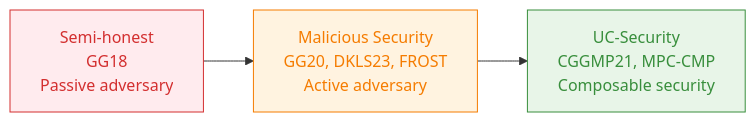
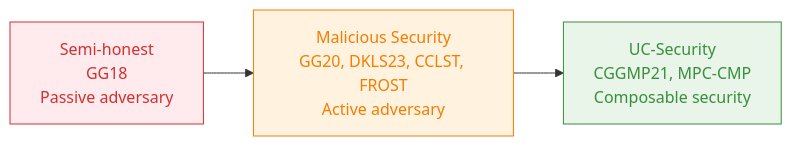
One commit to ljg-cqu/knowledge changed the third of 3 diagrams in Workplace/Interview/Blockchain/Posts/MPCWalletEngineer/Comprehensive Analysis of Threshold Signature Protocols and Their Blockchain .md. Above: the diagram before and after it, drawn with Mermaid. The commit also changed other lines of this file, not shown here.

````diff
--- a/Workplace/Interview/Blockchain/Posts/MPCWalletEngineer/Comprehensive Analysis of Threshold Signature Protocols and Their Blockchain .md
+++ b/Workplace/Interview/Blockchain/Posts/MPCWalletEngineer/Comprehensive Analysis of Threshold Signature Protocols and Their Blockchain .md
@@ -438,9 +475,9 @@
 ```mermaid
 flowchart LR
-    A[Semi-honest<br/>GG18<br/>Passive adversary] --> B[Malicious Security<br/>GG20, DKLS23, FROST<br/>Active adversary]
+    A[Semi-honest<br/>GG18<br/>Passive adversary] --> B[Malicious Security<br/>GG20, DKLS23, CCLST, FROST<br/>Active adversary]
     B --> C[UC-Security<br/>CGGMP21, MPC-CMP<br/>Composable security]
 
     style A fill:#ffebee,stroke:#d32f2f,color:#d32f2f
     style B fill:#fff3e0,stroke:#f57c00,color:#f57c00
     style C fill:#e8f5e8,stroke:#388e3c,color:#388e3c
 ```
````
